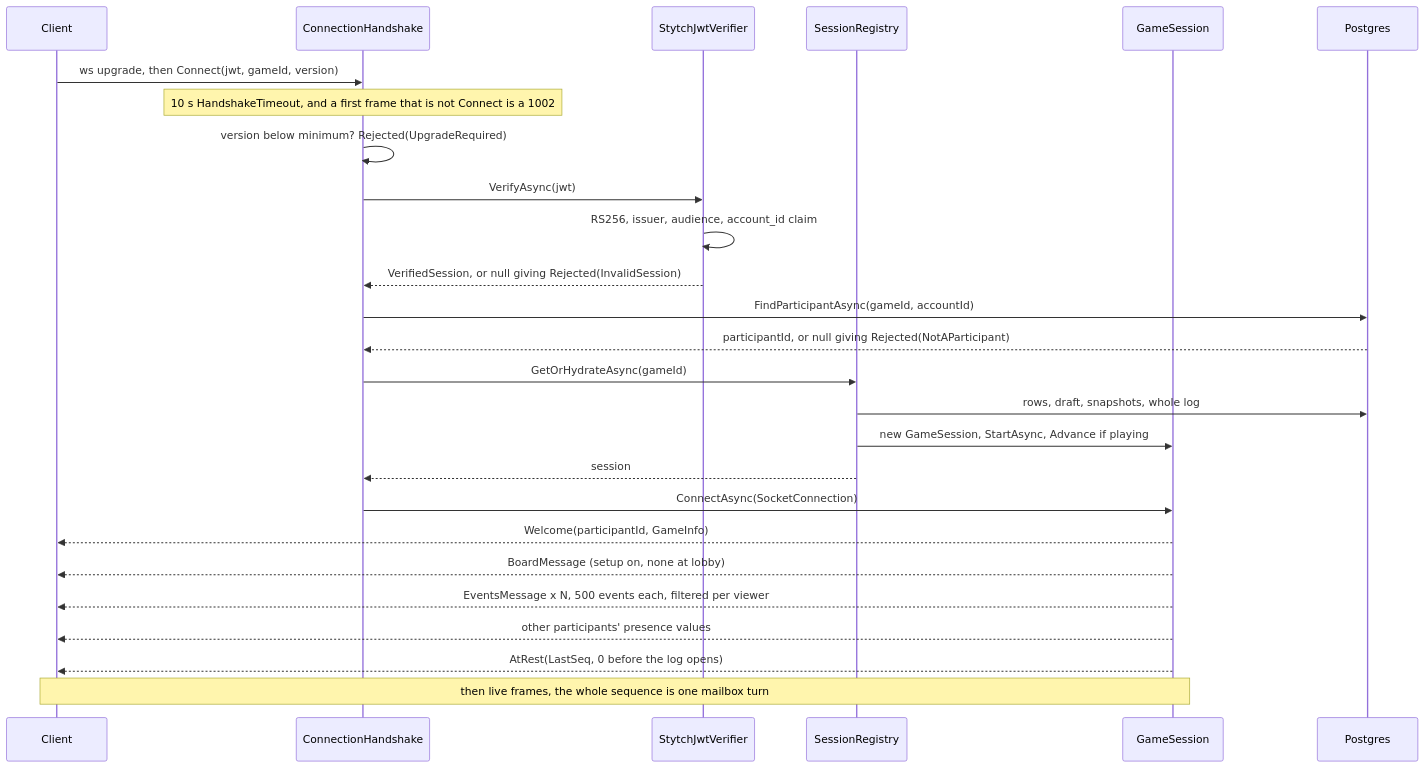
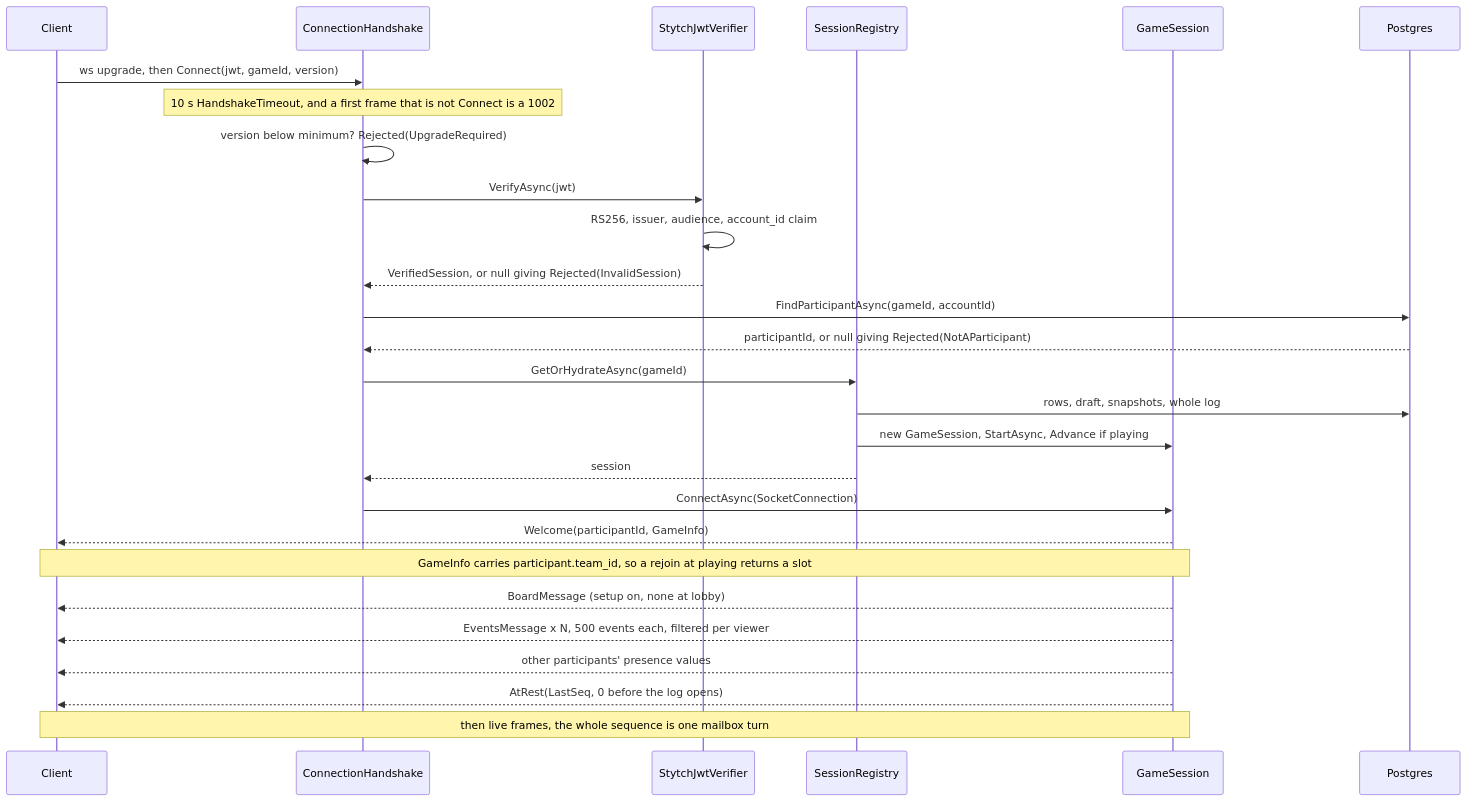
One commit to cstupi/tabletop changed the fifth of 12 diagrams in docs/design/game-server/design.md. Above: the diagram before and after it, drawn with Mermaid. The commit also changed other lines of this file and 18 other files, not shown here.

````diff
--- a/docs/design/game-server/design.md
+++ b/docs/design/game-server/design.md
@@ -759,29 +771,30 @@
 ```mermaid
 sequenceDiagram
     participant C as Client
     participant H as ConnectionHandshake
     participant V as StytchJwtVerifier
     participant R as SessionRegistry
     participant S as GameSession
     participant DB as Postgres
 
     C->>H: ws upgrade, then Connect(jwt, gameId, version)
     Note over H: 10 s HandshakeTimeout, and a first frame that is not Connect is a 1002
     H->>H: version below minimum? Rejected(UpgradeRequired)
     H->>V: VerifyAsync(jwt)
     V->>V: RS256, issuer, audience, account_id claim
     V-->>H: VerifiedSession, or null giving Rejected(InvalidSession)
     H->>DB: FindParticipantAsync(gameId, accountId)
     DB-->>H: participantId, or null giving Rejected(NotAParticipant)
     H->>R: GetOrHydrateAsync(gameId)
     R->>DB: rows, draft, snapshots, whole log
     R->>S: new GameSession, StartAsync, Advance if playing
     R-->>H: session
     H->>S: ConnectAsync(SocketConnection)
     S-->>C: Welcome(participantId, GameInfo)
+    Note over S,C: GameInfo carries participant.team_id, so a rejoin at playing returns a slot
     S-->>C: BoardMessage (setup on, none at lobby)
     S-->>C: EventsMessage x N, 500 events each, filtered per viewer
     S-->>C: other participants' presence values
     S-->>C: AtRest(LastSeq, 0 before the log opens)
     Note over S,C: then live frames, the whole sequence is one mailbox turn
 ```
````
